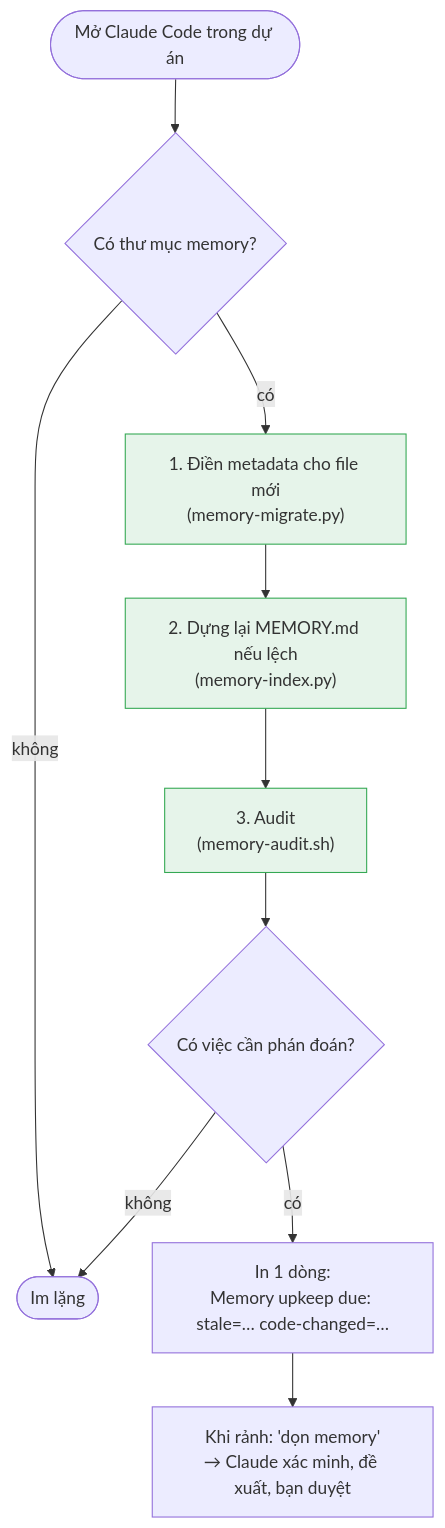
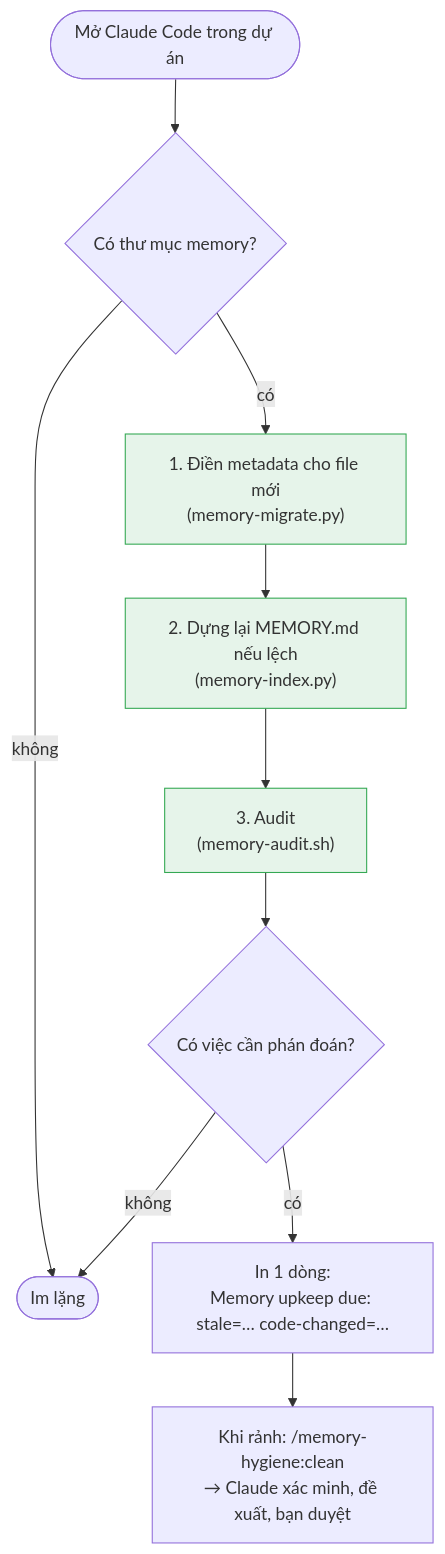
The third of 3 diagrams in README.md (nhim411/claude-memory-hygiene), drawn with Mermaid before and after one commit. The commit also changed other lines of this file and 12 other files, not shown here.

````diff
--- a/README.md
+++ b/README.md
@@ -91,14 +93,14 @@
 ```mermaid
 flowchart TD
     A(["Mở Claude Code trong dự án"]) --> B{"Có thư mục memory?"}
     B -->|không| Z(["Im lặng"])
     B -->|có| C["1. Điền metadata cho file mới<br/>(memory-migrate.py)"]
     C --> D["2. Dựng lại MEMORY.md nếu lệch<br/>(memory-index.py)"]
     D --> E["3. Audit<br/>(memory-audit.sh)"]
     E --> F{"Có việc cần phán đoán?"}
     F -->|không| Z
     F -->|có| G["In 1 dòng:<br/>Memory upkeep due: stale=… code-changed=…"]
-    G --> H["Khi rảnh: 'dọn memory'<br/>→ Claude xác minh, đề xuất, bạn duyệt"]
+    G --> H["Khi rảnh: /memory-hygiene:clean<br/>→ Claude xác minh, đề xuất, bạn duyệt"]
     classDef auto fill:#e6f4ea,stroke:#34a853
     class C,D,E auto
 ```
````
